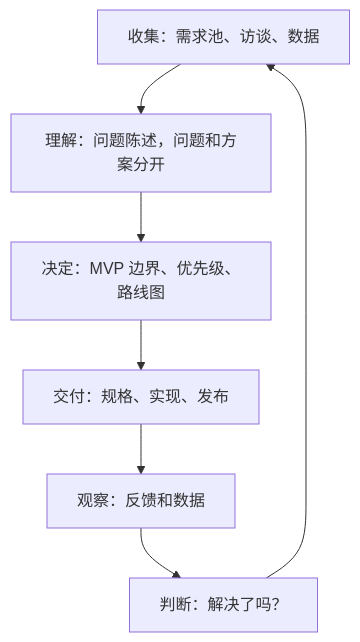
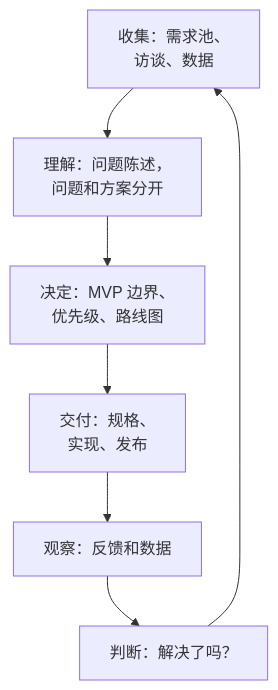
Before and after one commit to jarvis-pro/hatch-shelf: the first of 3 diagrams in books/product-thinking/08-feedback-to-iteration.md, drawn with Mermaid. The commit also changed other lines of this file and 432 other files, not shown here.

````diff
--- a/books/product-thinking/08-feedback-to-iteration.md
+++ b/books/product-thinking/08-feedback-to-iteration.md
@@ -9,9 +9,9 @@
 ```mermaid
 flowchart TD
-  A["收集：需求池、访谈、数据"] --> B["理解：问题陈述，问题和方案分开"]
-  B --> C["决定：MVP 边界、优先级、路线图"]
-  C --> D["交付：规格、实现、发布"]
+  A["收集：需求池、<br/>访谈、数据"] --> B["理解：问题陈述，<br/>问题和方案分开"]
+  B --> C["决定：MVP 边界、<br/>优先级、路线图"]
+  C --> D["交付：规格、<br/>实现、发布"]
   D --> E["观察：反馈和数据"]
   E --> F["判断：解决了吗？"]
   F --> A
 ```
````
